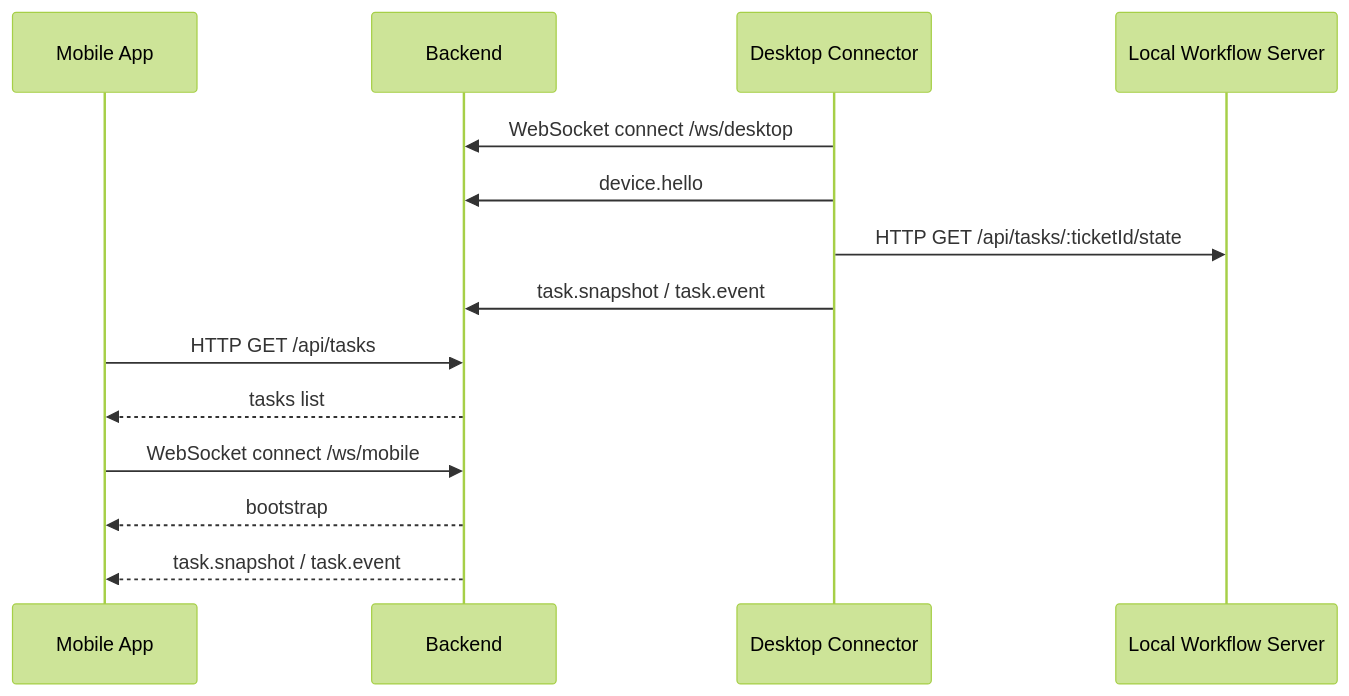
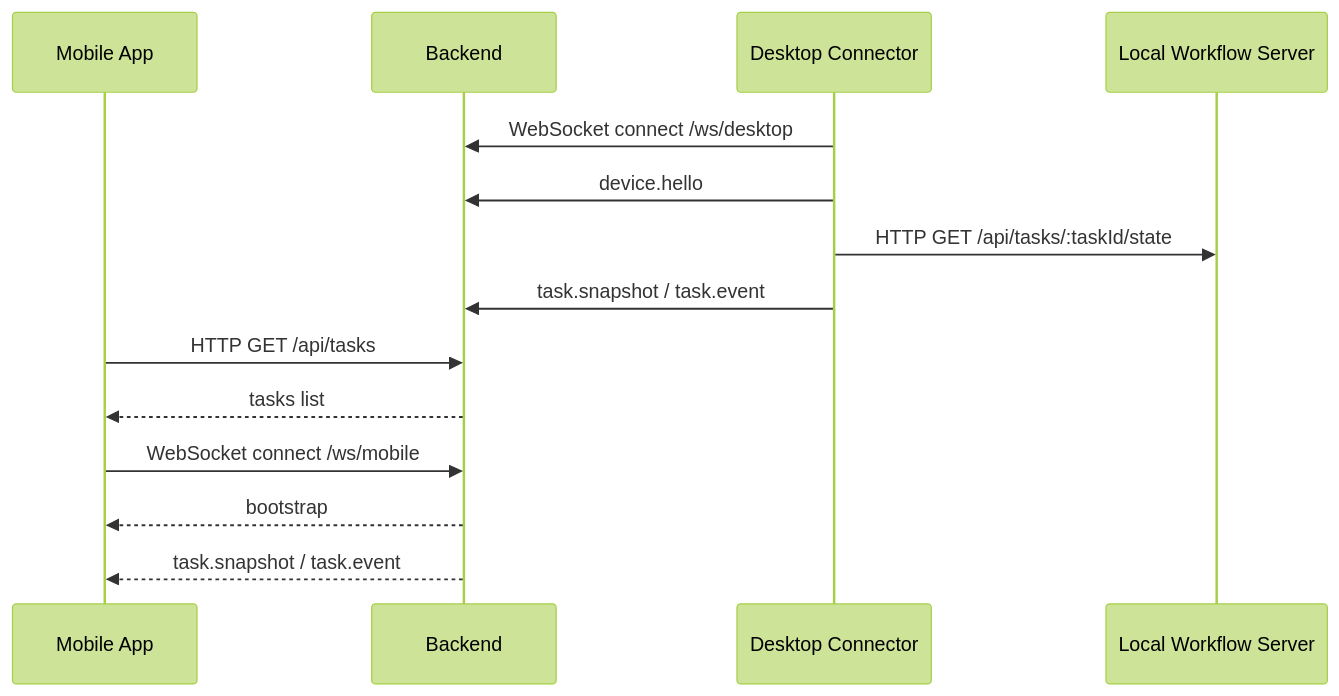
One commit to hileix/dev-workflow changed the third of 4 diagrams in docs/current-mobile-backend-desktop-communication.zh.md. Above: the diagram before and after it, drawn with Mermaid (forest theme). The commit also changed other lines of this file and 43 other files, not shown here.

````diff
--- a/docs/current-mobile-backend-desktop-communication.zh.md
+++ b/docs/current-mobile-backend-desktop-communication.zh.md
@@ -75,18 +75,18 @@
 ```mermaid
 sequenceDiagram
     participant M as Mobile App
     participant B as Backend
     participant D as Desktop Connector
     participant S as Local Workflow Server
 
     D->>B: WebSocket connect /ws/desktop
     D->>B: device.hello
-    D->>S: HTTP GET /api/tasks/:ticketId/state
+    D->>S: HTTP GET /api/tasks/:taskId/state
     D->>B: task.snapshot / task.event
 
     M->>B: HTTP GET /api/tasks
     B-->>M: tasks list
     M->>B: WebSocket connect /ws/mobile
     B-->>M: bootstrap
     B-->>M: task.snapshot / task.event
 ```
````
